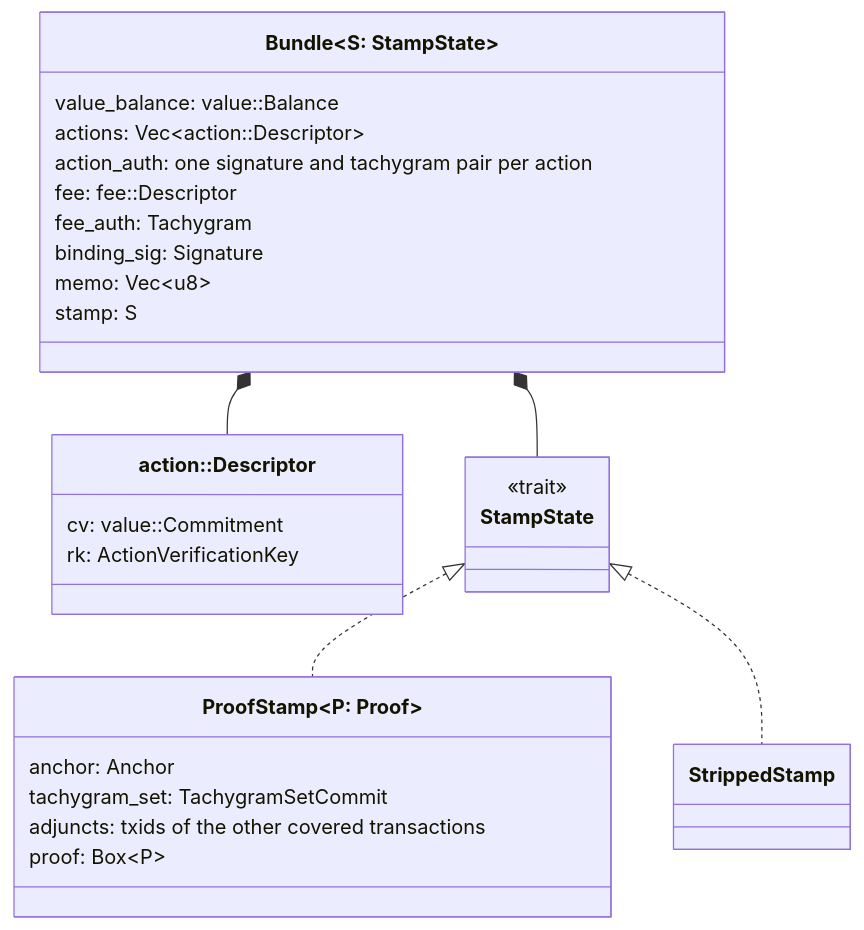
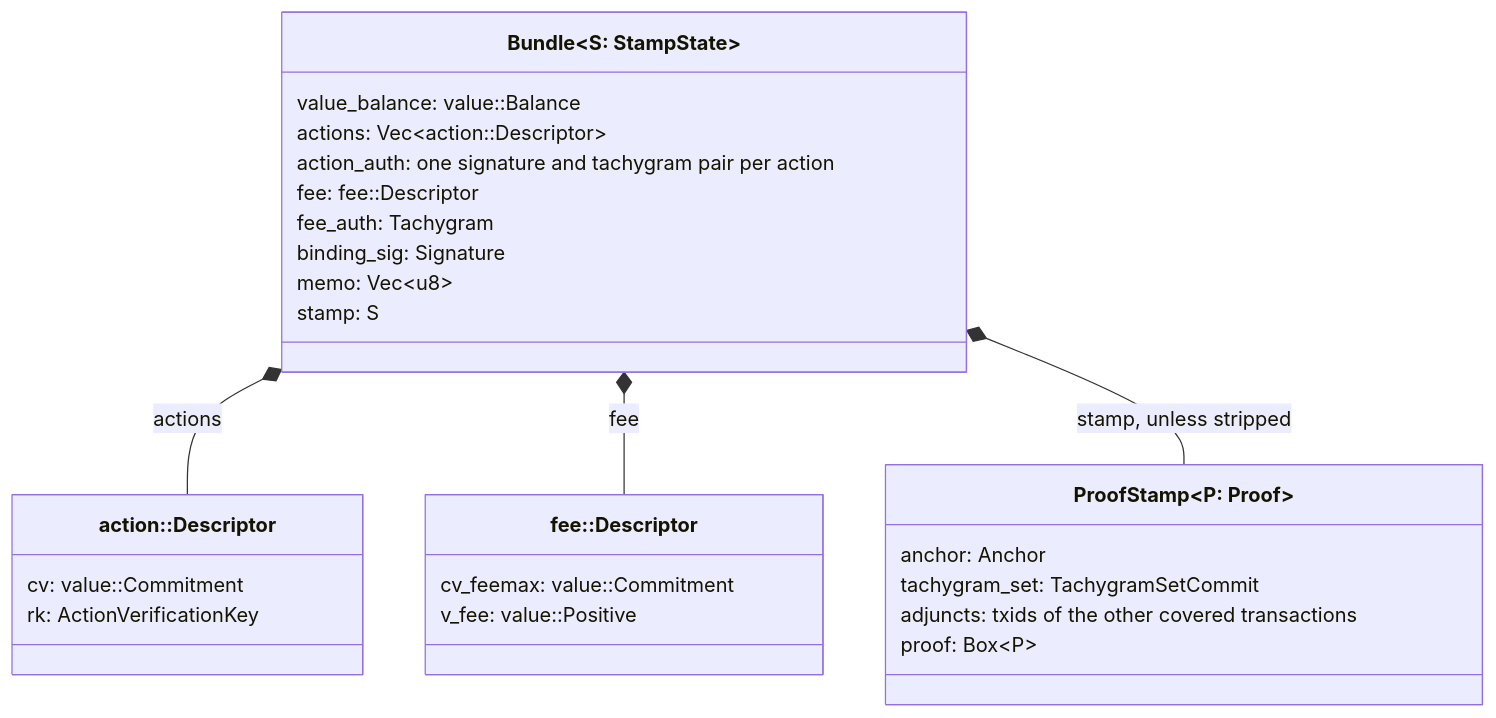
The diagram in README.md (tachyon-zcash/tachyon), drawn with Mermaid before and after one commit. The commit also changed other lines of this file, not shown here.

Commit message:
docs: drop the empty nodes from the README diagram

````diff
--- a/README.md
+++ b/README.md
@@ -20,31 +20,30 @@
 ```mermaid
 classDiagram
     class Bundle["Bundle&lt;S: StampState&gt;"] {
         value_balance: value::Balance
         actions: Vec~action::Descriptor~
         action_auth: one signature and tachygram pair per action
         fee: fee::Descriptor
         fee_auth: Tachygram
         binding_sig: Signature
         memo: Vec~u8~
         stamp: S
     }
     class Descriptor["action::Descriptor"] {
         cv: value::Commitment
         rk: ActionVerificationKey
     }
-    class StampState {
-        <<trait>>
+    class FeeDescriptor["fee::Descriptor"] {
+        cv_feemax: value::Commitment
+        v_fee: value::Positive
     }
     class ProofStamp["ProofStamp&lt;P: Proof&gt;"] {
         anchor: Anchor
         tachygram_set: TachygramSetCommit
         adjuncts: txids of the other covered transactions
         proof: Box~P~
     }
-    class StrippedStamp
-    Bundle *-- Descriptor
-    Bundle *-- StampState
-    StampState <|.. ProofStamp
-    StampState <|.. StrippedStamp
+    Bundle *-- Descriptor : actions
+    Bundle *-- FeeDescriptor : fee
+    Bundle *-- ProofStamp : stamp, unless stripped
 ```
````
